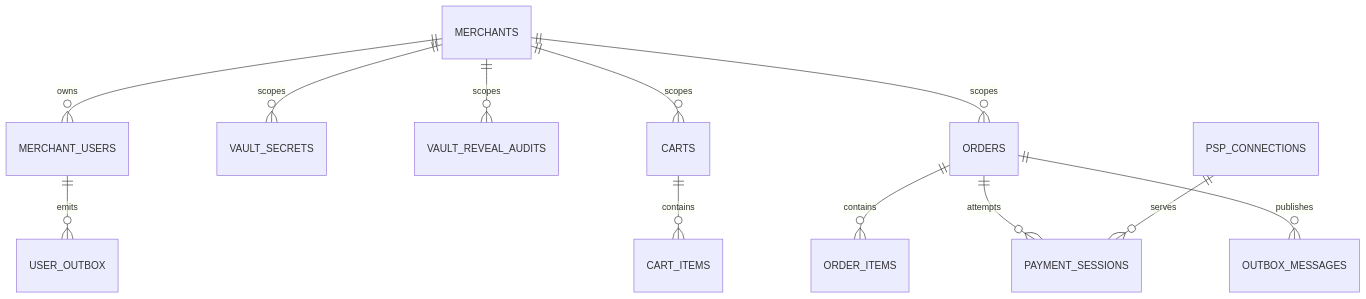
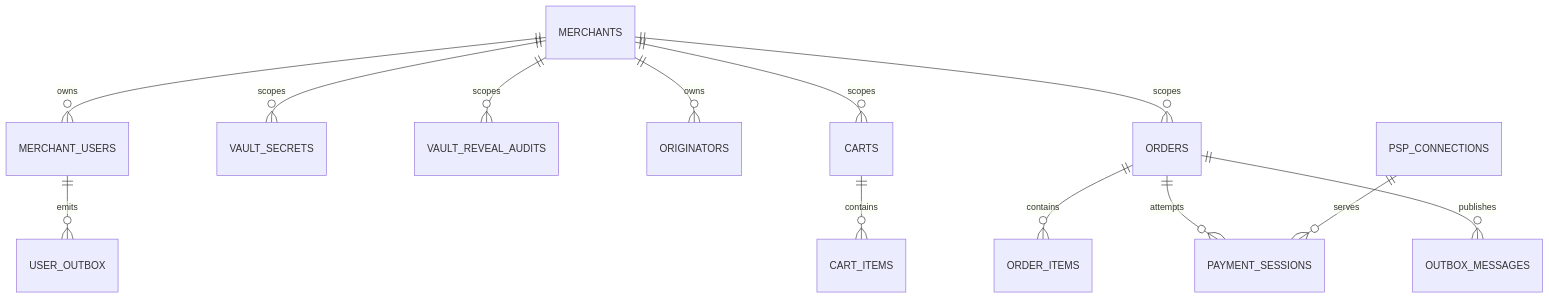
Before and after one commit to metrodiesign/pol-core: the second of 2 diagrams in docs/reference/merchant-commerce-payment-erd-revised-kyc-simplified.md, drawn with Mermaid. The commit also changed other lines of this file and 20 other files, not shown here.

````diff
--- a/docs/reference/merchant-commerce-payment-erd-revised-kyc-simplified.md
+++ b/docs/reference/merchant-commerce-payment-erd-revised-kyc-simplified.md
@@ -20,14 +21,15 @@
 ```mermaid
 erDiagram
     MERCHANTS ||--o{ MERCHANT_USERS : owns
     MERCHANTS ||--o{ VAULT_SECRETS : scopes
     MERCHANTS ||--o{ VAULT_REVEAL_AUDITS : scopes
+    MERCHANTS ||--o{ ORIGINATORS : owns
     MERCHANTS ||--o{ CARTS : scopes
     CARTS ||--o{ CART_ITEMS : contains
     MERCHANTS ||--o{ ORDERS : scopes
     ORDERS ||--o{ ORDER_ITEMS : contains
     ORDERS ||--o{ PAYMENT_SESSIONS : attempts
     PSP_CONNECTIONS ||--o{ PAYMENT_SESSIONS : serves
     MERCHANT_USERS ||--o{ USER_OUTBOX : emits
     ORDERS ||--o{ OUTBOX_MESSAGES : publishes
 ```
````
